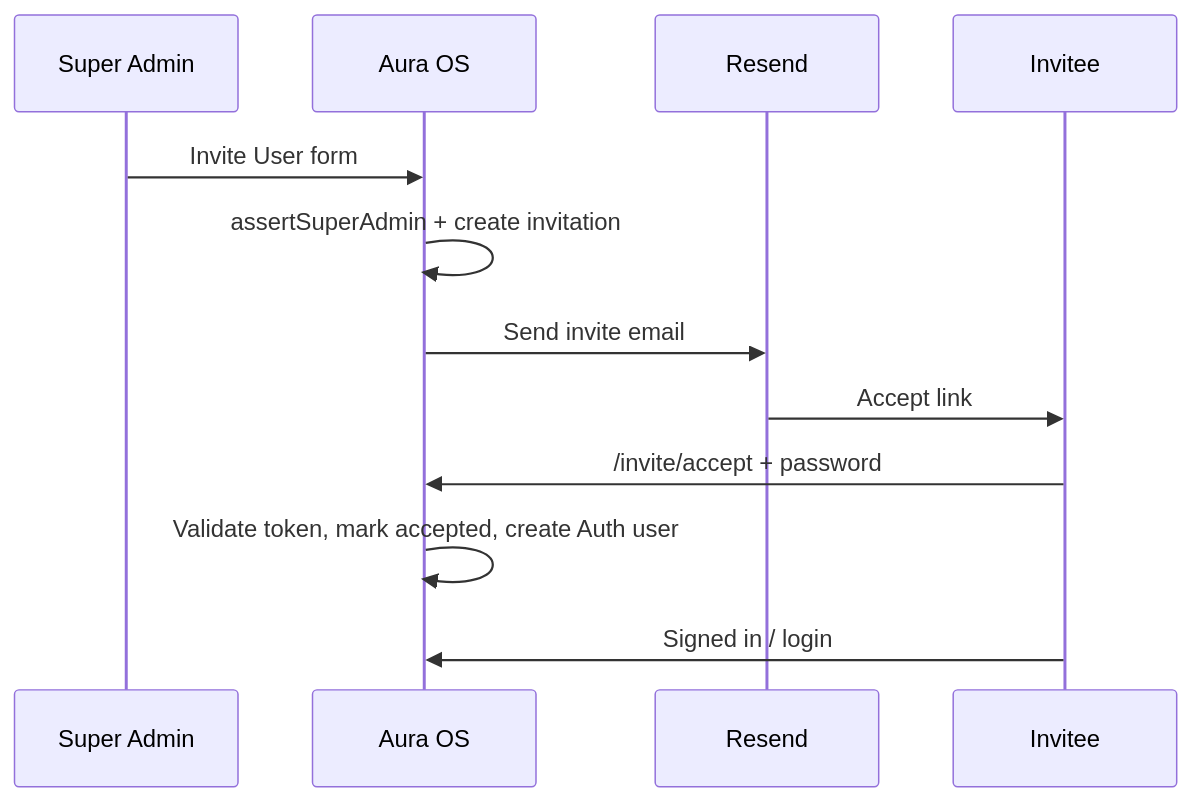
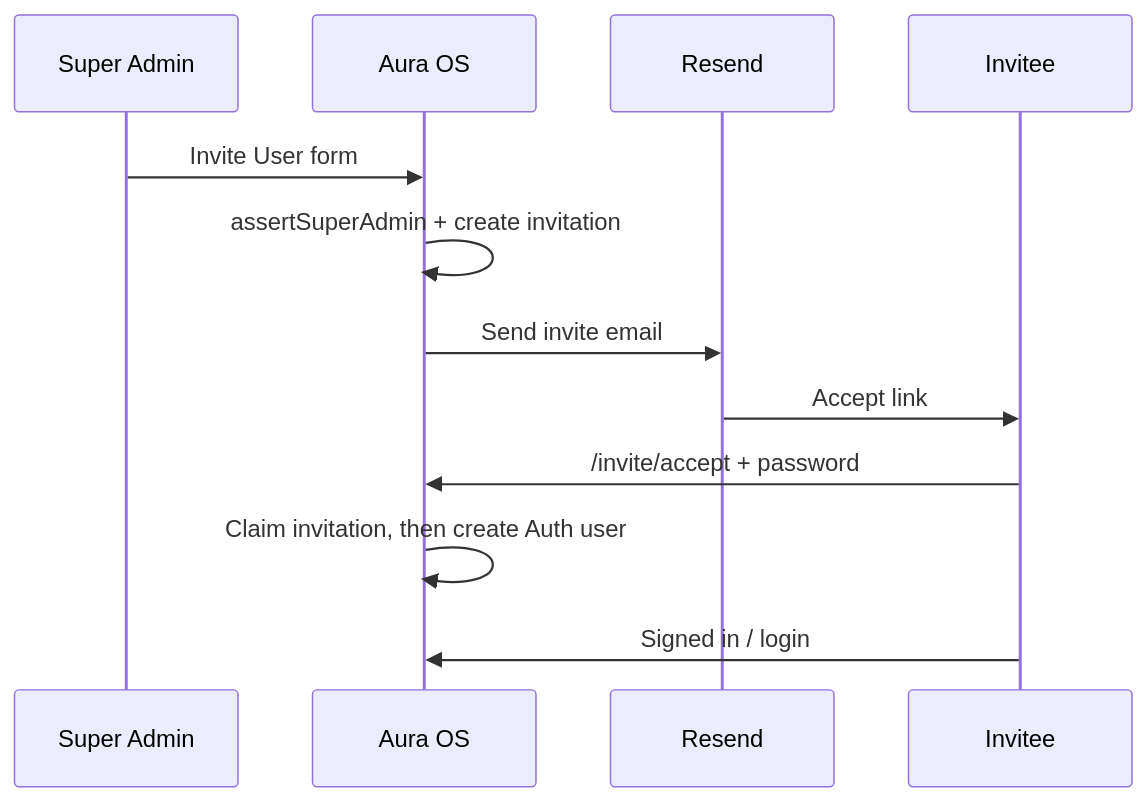
One commit to raviusl/aura-os changed the diagram in docs/AUTH.md. Above: the diagram before and after it, drawn with Mermaid. The commit also changed other lines of this file and 17 other files, not shown here.

First line of the commit message:
fix: harden invitation flow for production

````diff
--- a/docs/AUTH.md
+++ b/docs/AUTH.md
@@ -59,15 +62,15 @@
 ```mermaid
 sequenceDiagram
   participant SA as Super Admin
   participant App as Aura OS
   participant Mail as Resend
   participant User as Invitee
 
   SA->>App: Invite User form
   App->>App: assertSuperAdmin + create invitation
   App->>Mail: Send invite email
   Mail->>User: Accept link
   User->>App: /invite/accept + password
-  App->>App: Validate token, mark accepted, create Auth user
+  App->>App: Claim invitation, then create Auth user
   User->>App: Signed in / login
 ```
````
